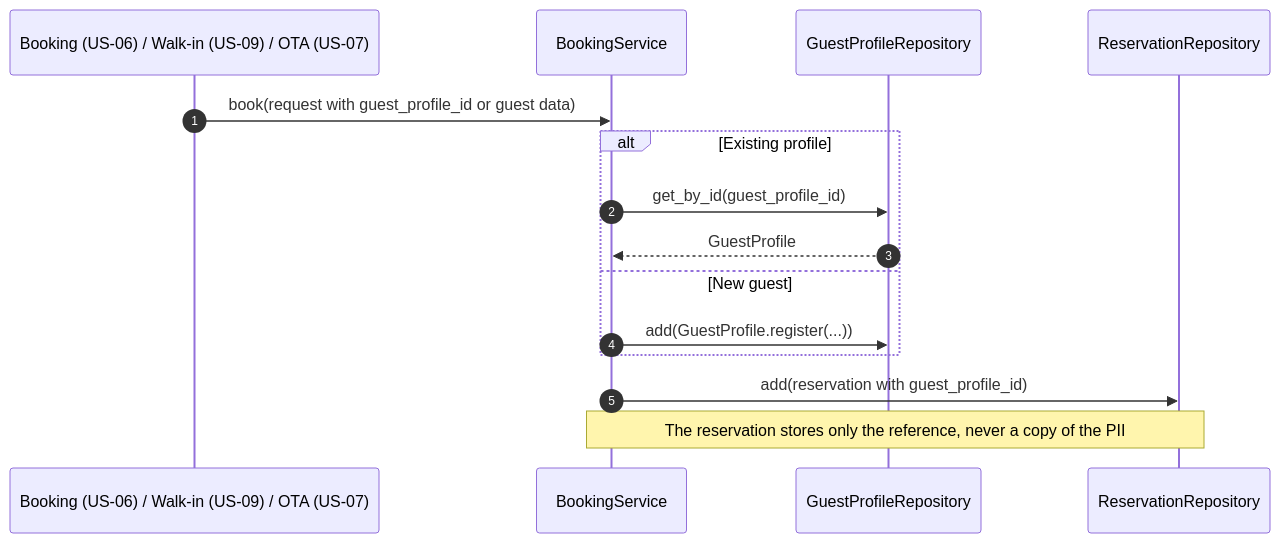
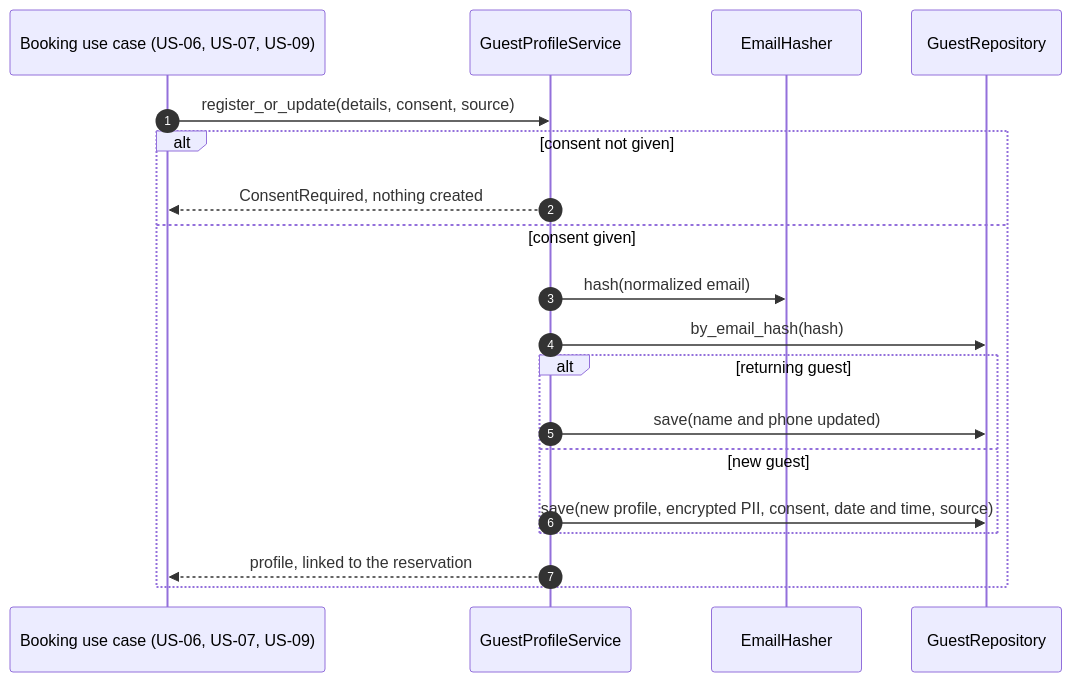
One commit to BraceroInSabot/Motel-Starmie changed the third of 3 diagrams in docs/Initial Requirements/Diagrams/US-20 - Guest Profile with PIPEDA Consent.md. Above: the diagram before and after it, drawn with Mermaid. The commit also changed other lines of this file and 51 other files, not shown here.

````diff
--- a/docs/Initial Requirements/Diagrams/US-20 - Guest Profile with PIPEDA Consent.md
+++ b/docs/Initial Requirements/Diagrams/US-20 - Guest Profile with PIPEDA Consent.md
@@ -229,18 +157,22 @@
 ```mermaid
 sequenceDiagram
     autonumber
-    participant Caller as Booking (US-06) / Walk-in (US-09) / OTA (US-07)
-    participant Book as BookingService
-    participant Profiles as GuestProfileRepository
-    participant Res as ReservationRepository
+    participant Booking as Booking use case (US-06, US-07, US-09)
+    participant Svc as GuestProfileService
+    participant Hash as EmailHasher
+    participant Repo as GuestRepository
 
-    Caller->>Book: book(request with guest_profile_id or guest data)
-    alt Existing profile
-        Book->>Profiles: get_by_id(guest_profile_id)
-        Profiles-->>Book: GuestProfile
-    else New guest
-        Book->>Profiles: add(GuestProfile.register(...))
+    Booking->>Svc: register_or_update(details, consent, source)
+    alt consent not given
+        Svc-->>Booking: ConsentRequired, nothing created
+    else consent given
+        Svc->>Hash: hash(normalized email)
+        Svc->>Repo: by_email_hash(hash)
+        alt returning guest
+            Svc->>Repo: save(name and phone updated)
+        else new guest
+            Svc->>Repo: save(new profile, encrypted PII, consent, date and time, source)
+        end
+        Svc-->>Booking: profile, linked to the reservation
     end
-    Book->>Res: add(reservation with guest_profile_id)
-    Note over Book,Res: The reservation stores only the reference, never a copy of the PII
 ```
````
